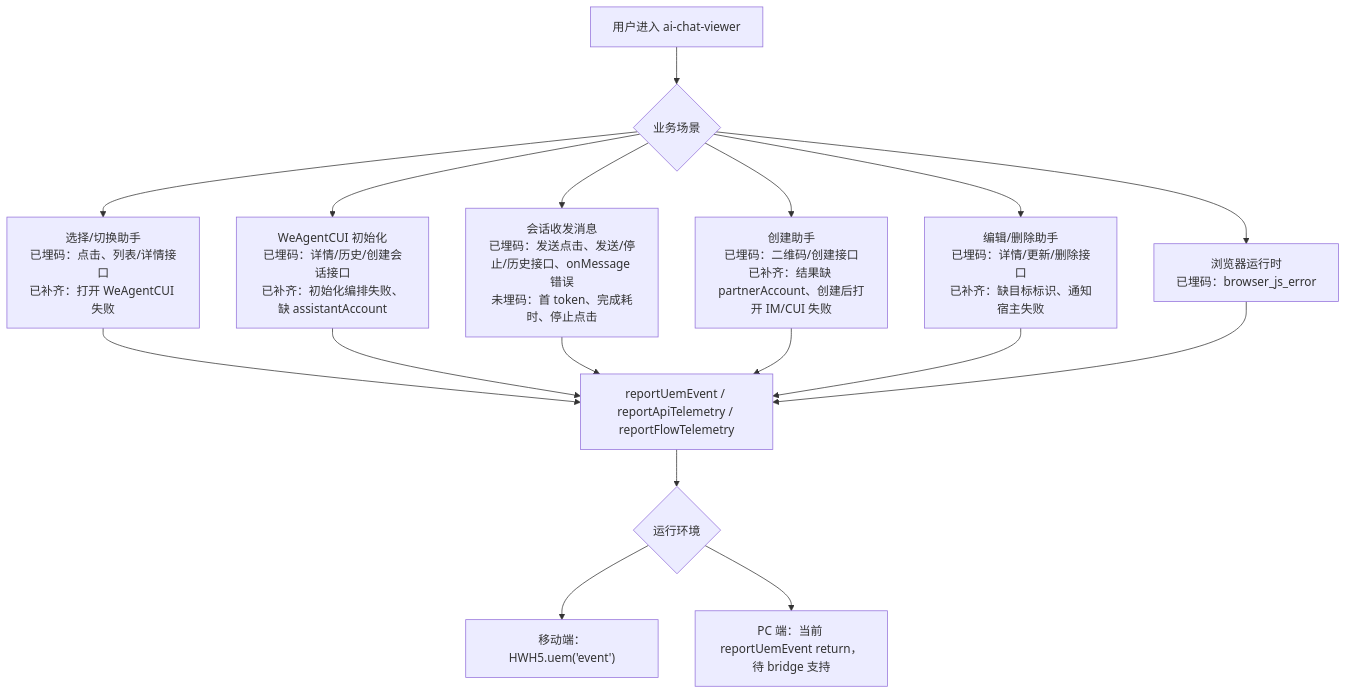
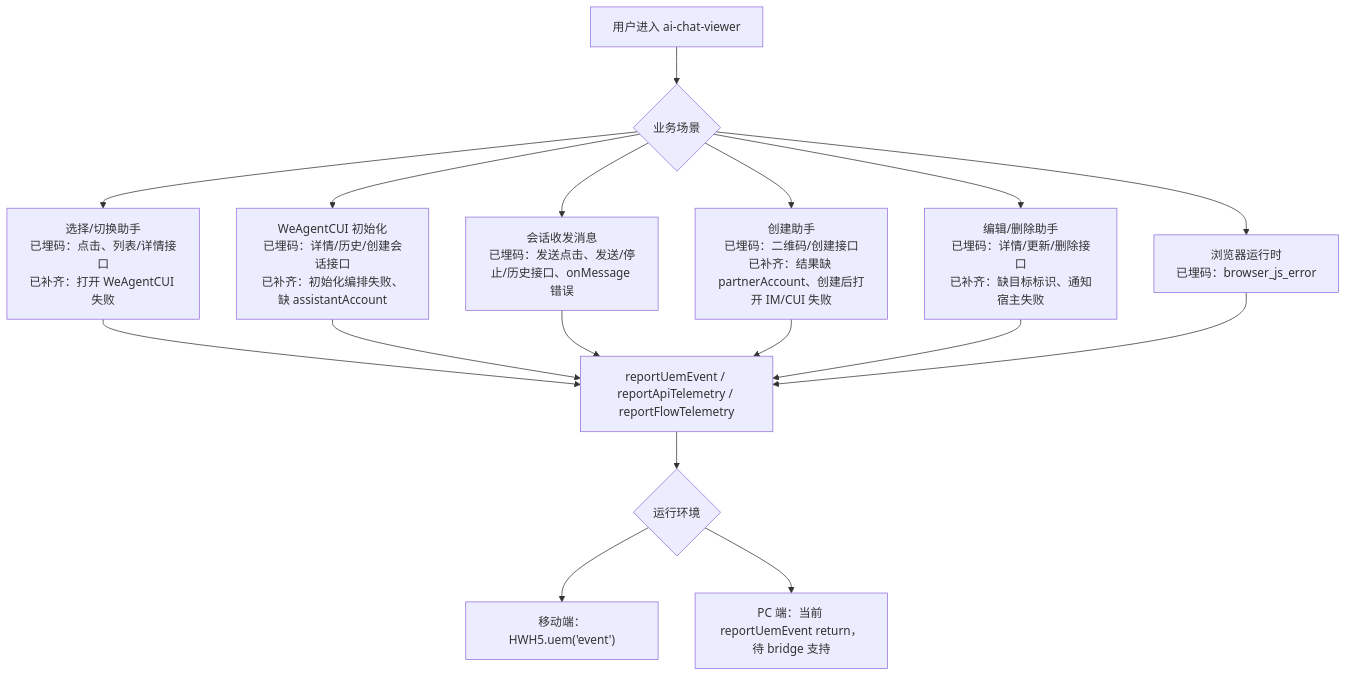
Before and after one commit to Abelsjcheng/skillSDK: the first of 5 diagrams in ai-chat-viewer/docs/plans/2026-06-11-ai-chat-viewer-telemetry-inventory-plan.md, drawn with Mermaid. The commit also changed other lines of this file and 1 other file, not shown here.

````diff
--- a/ai-chat-viewer/docs/plans/2026-06-11-ai-chat-viewer-telemetry-inventory-plan.md
+++ b/ai-chat-viewer/docs/plans/2026-06-11-ai-chat-viewer-telemetry-inventory-plan.md
@@ -39,22 +39,22 @@
 ```mermaid
 flowchart TD
     A["用户进入 ai-chat-viewer"] --> B{"业务场景"}
 
     B --> C["选择/切换助手<br/>已埋码：点击、列表/详情接口<br/>已补齐：打开 WeAgentCUI 失败"]
     B --> D["WeAgentCUI 初始化<br/>已埋码：详情/历史/创建会话接口<br/>已补齐：初始化编排失败、缺 assistantAccount"]
-    B --> E["会话收发消息<br/>已埋码：发送点击、发送/停止/历史接口、onMessage 错误<br/>未埋码：首 token、完成耗时、停止点击"]
+    B --> E["会话收发消息<br/>已埋码：发送点击、发送/停止/历史接口、onMessage 错误"]
     B --> F["创建助手<br/>已埋码：二维码/创建接口<br/>已补齐：结果缺 partnerAccount、创建后打开 IM/CUI 失败"]
     B --> G["编辑/删除助手<br/>已埋码：详情/更新/删除接口<br/>已补齐：缺目标标识、通知宿主失败"]
     B --> H["浏览器运行时<br/>已埋码：browser_js_error"]
 
     C --> I["reportUemEvent / reportApiTelemetry / reportFlowTelemetry"]
     D --> I
     E --> I
     F --> I
     G --> I
     H --> I
 
     I --> J{"运行环境"}
     J --> K["移动端：HWH5.uem('event')"]
     J --> L["PC 端：当前 reportUemEvent return，待 bridge 支持"]
 ```
````
